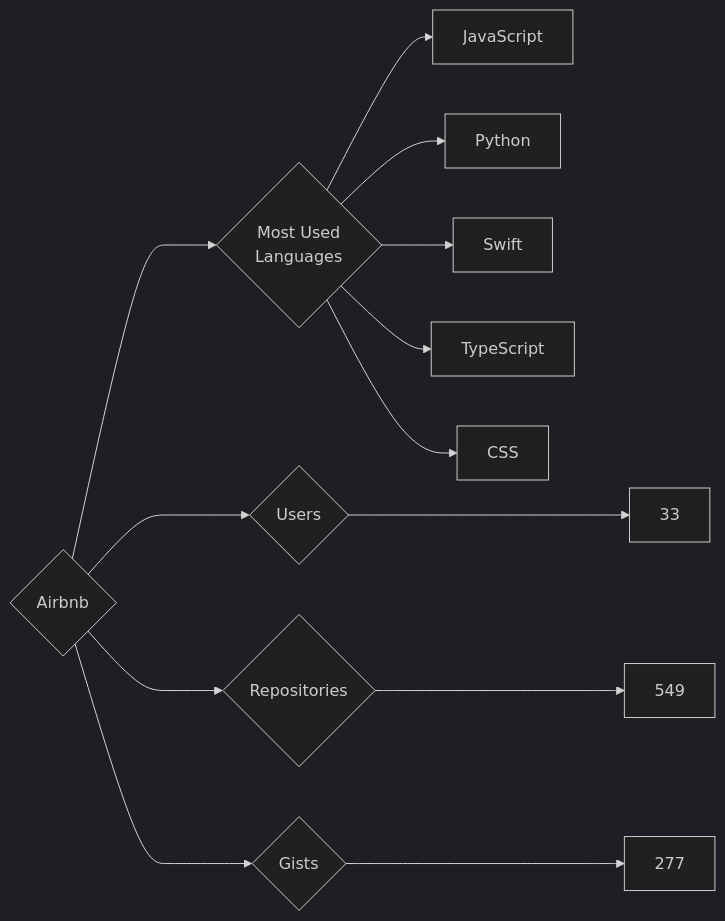
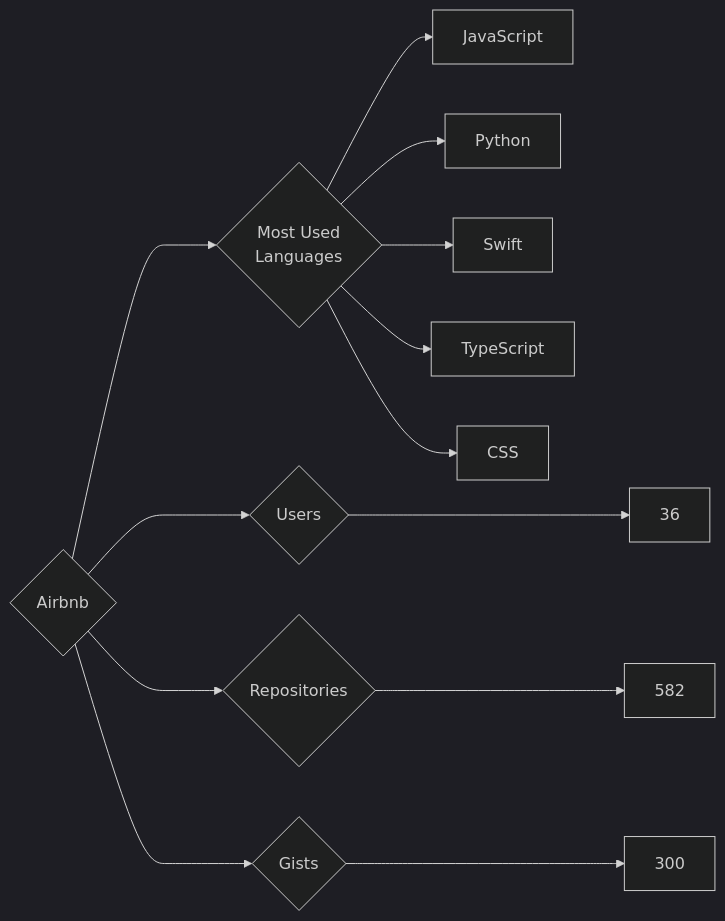
Before and after one commit to trickest/insiders: the diagram in targets/Airbnb/README.md, drawn with Mermaid (dark theme). The commit also changed 845 other files, not shown here.

````diff
--- a/targets/Airbnb/README.md
+++ b/targets/Airbnb/README.md
@@ -3,13 +3,13 @@
 ```mermaid
 graph LR
 COMPANY_NAME{Airbnb}
-COMPANY_NAME ---> U{Users} ---> UN[33]
-COMPANY_NAME ---> R{Repositories} ---> RN[549]
-COMPANY_NAME ---> G{Gists} ---> GN[277]
+COMPANY_NAME ---> U{Users} ---> UN[36]
+COMPANY_NAME ---> R{Repositories} ---> RN[582]
+COMPANY_NAME ---> G{Gists} ---> GN[300]
 COMPANY_NAME ---> ML{Most Used<br>Languages}
 ML --> JavaScript[JavaScript]
 ML --> Python[Python]
 ML --> Swift[Swift]
 ML --> TypeScript[TypeScript]
 ML --> CSS[CSS]
 ```
````
